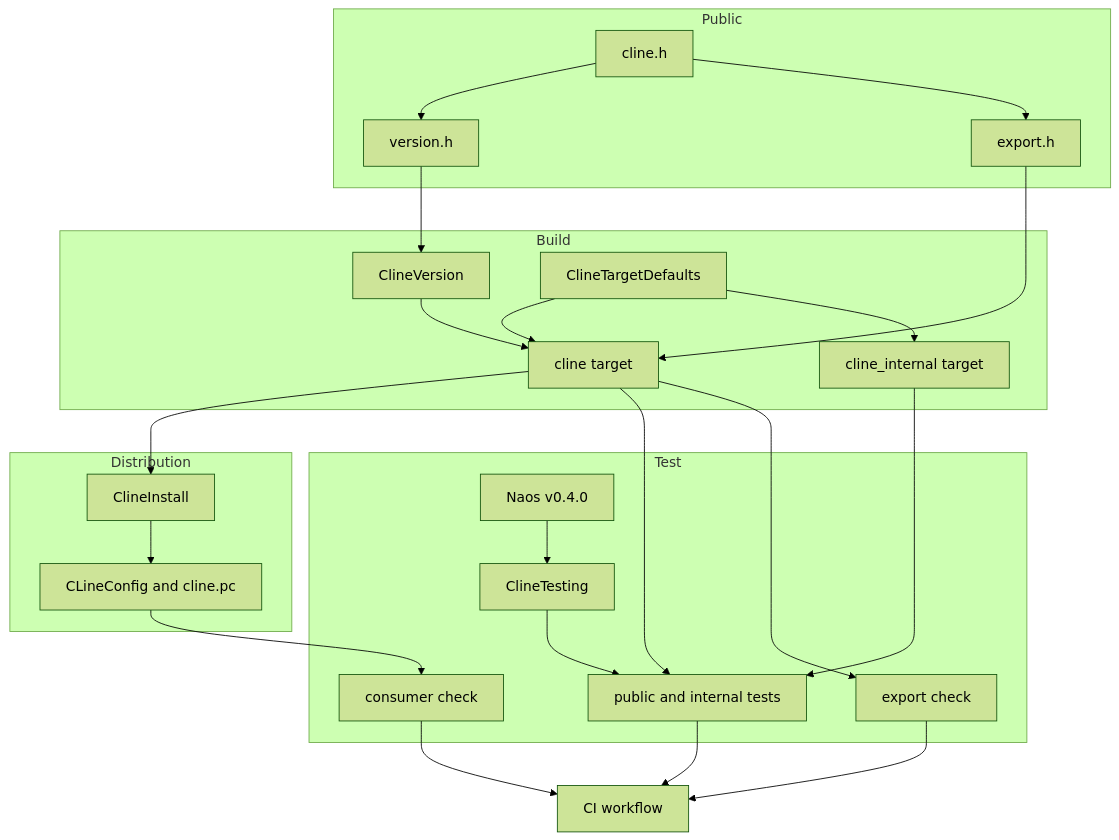
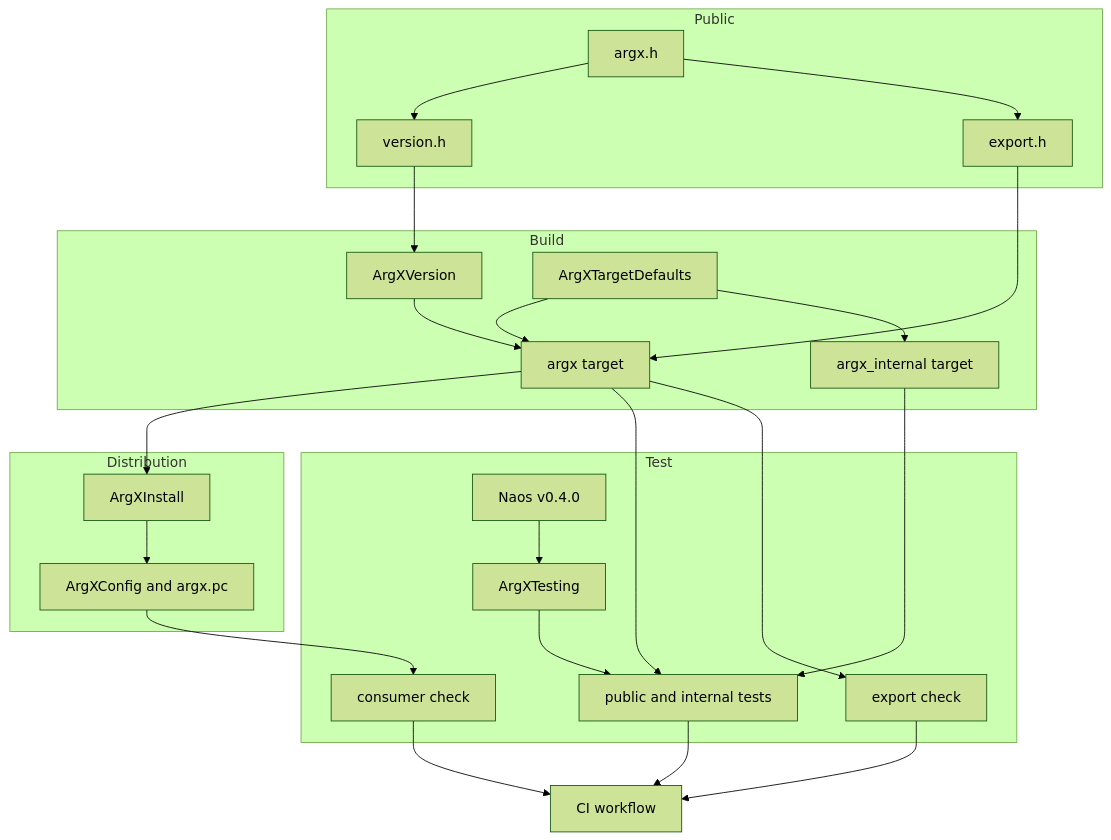
One commit to ktdevx/cargs changed the first of 3 diagrams in .kiro/specs/build-foundation/design.md. Above: the diagram before and after it, drawn with Mermaid (forest theme). The commit also changed other lines of this file and 177 other files, not shown here.

First line of the commit message:
Rename project from CLine to ArgX

````diff
--- a/.kiro/specs/build-foundation/design.md
+++ b/.kiro/specs/build-foundation/design.md
@@ -69,45 +69,45 @@
 ```mermaid
 graph TB
     subgraph Public
         VersionHeader[version.h]
         ExportHeader[export.h]
-        Umbrella[cline.h]
+        Umbrella[argx.h]
     end
     subgraph Build
-        VersionReader[ClineVersion]
-        TargetDefaults[ClineTargetDefaults]
-        Library[cline target]
-        Internal[cline_internal target]
+        VersionReader[ArgXVersion]
+        TargetDefaults[ArgXTargetDefaults]
+        Library[argx target]
+        Internal[argx_internal target]
     end
     subgraph Distribution
-        Install[ClineInstall]
-        Package[CLineConfig and cline.pc]
+        Install[ArgXInstall]
+        Package[ArgXConfig and argx.pc]
     end
     subgraph Test
-        Testing[ClineTesting]
+        Testing[ArgXTesting]
         Naos[Naos v0.4.0]
         Tests[public and internal tests]
         ExportCheck[export check]
         Consumer[consumer check]
     end
     CI[CI workflow]
 
     VersionHeader --> VersionReader
     VersionReader --> Library
     Umbrella --> VersionHeader
     Umbrella --> ExportHeader
     ExportHeader --> Library
     TargetDefaults --> Library
     TargetDefaults --> Internal
     Library --> Install
     Install --> Package
     Library --> Tests
     Internal --> Tests
     Naos --> Testing
     Testing --> Tests
     Library --> ExportCheck
     Package --> Consumer
     Tests --> CI
     ExportCheck --> CI
     Consumer --> CI
 ```
````
